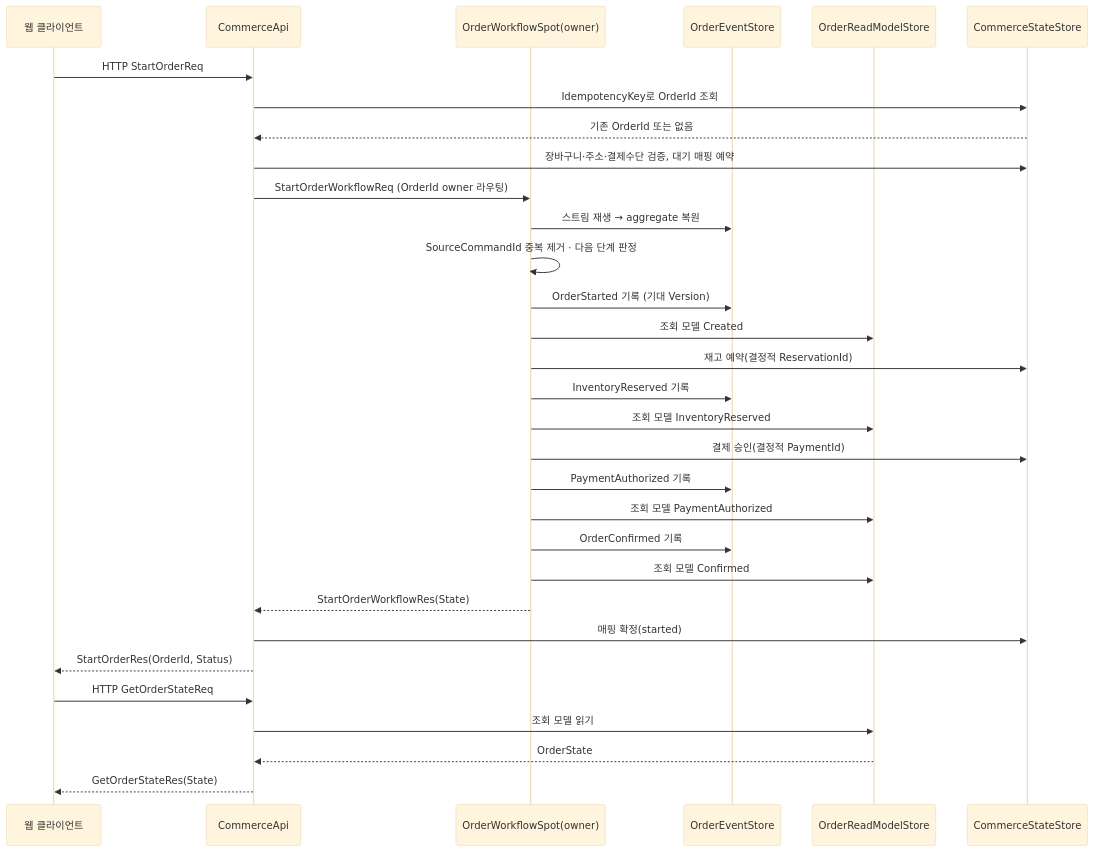
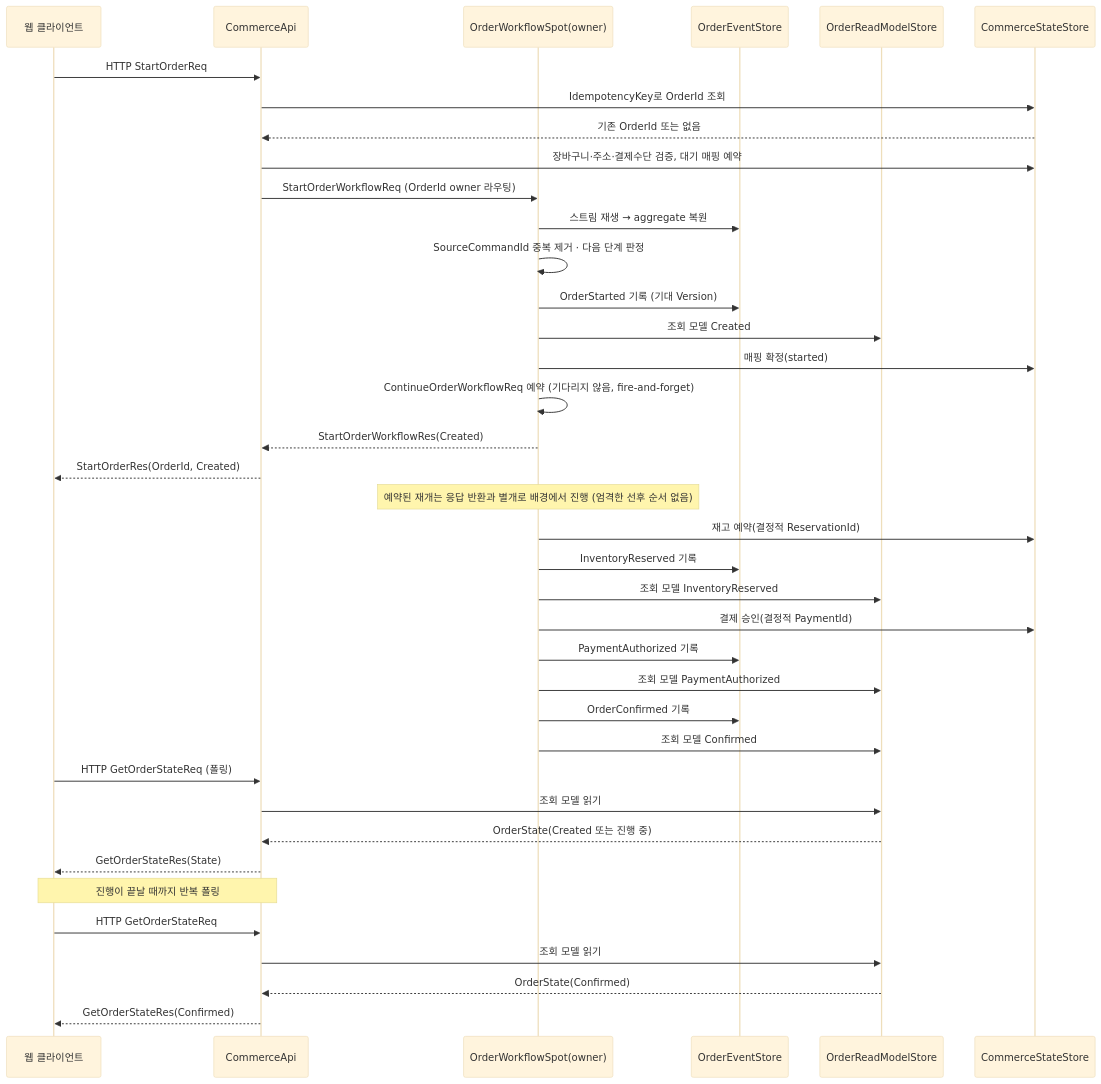
The fifth of 5 diagrams in framework/doc/framework/common/sample/event/shoppingmall.ko.md (kairos-code-dev/zlink), drawn with Mermaid (base theme) before and after one commit. The commit also changed other lines of this file and 4 other files, not shown here.

````diff
--- a/framework/doc/framework/common/sample/event/shoppingmall.ko.md
+++ b/framework/doc/framework/common/sample/event/shoppingmall.ko.md
@@ -758,36 +815,44 @@
 ```mermaid
 sequenceDiagram
     participant C as 웹 클라이언트
     participant API as CommerceApi
     participant O as OrderWorkflowSpot(owner)
     participant ES as OrderEventStore
     participant RS as OrderReadModelStore
     participant CS as CommerceStateStore
 
     C->>API: HTTP StartOrderReq
     API->>CS: IdempotencyKey로 OrderId 조회
     CS-->>API: 기존 OrderId 또는 없음
     API->>CS: 장바구니·주소·결제수단 검증, 대기 매핑 예약
     API->>O: StartOrderWorkflowReq (OrderId owner 라우팅)
 
     O->>ES: 스트림 재생 → aggregate 복원
     O->>O: SourceCommandId 중복 제거 · 다음 단계 판정
     O->>ES: OrderStarted 기록 (기대 Version)
     O->>RS: 조회 모델 Created
+    O->>CS: 매핑 확정(started)
+    O->>O: ContinueOrderWorkflowReq 예약 (기다리지 않음, fire-and-forget)
+    O-->>API: StartOrderWorkflowRes(Created)
+    API-->>C: StartOrderRes(OrderId, Created)
+
+    Note over O: 예약된 재개는 응답 반환과 별개로 배경에서 진행 (엄격한 선후 순서 없음)
     O->>CS: 재고 예약(결정적 ReservationId)
     O->>ES: InventoryReserved 기록
     O->>RS: 조회 모델 InventoryReserved
     O->>CS: 결제 승인(결정적 PaymentId)
     O->>ES: PaymentAuthorized 기록
     O->>RS: 조회 모델 PaymentAuthorized
     O->>ES: OrderConfirmed 기록
     O->>RS: 조회 모델 Confirmed
-    O-->>API: StartOrderWorkflowRes(State)
-    API->>CS: 매핑 확정(started)
-    API-->>C: StartOrderRes(OrderId, Status)
 
+    C->>API: HTTP GetOrderStateReq (폴링)
+    API->>RS: 조회 모델 읽기
+    RS-->>API: OrderState(Created 또는 진행 중)
+    API-->>C: GetOrderStateRes(State)
+    Note over C,API: 진행이 끝날 때까지 반복 폴링
     C->>API: HTTP GetOrderStateReq
     API->>RS: 조회 모델 읽기
-    RS-->>API: OrderState
-    API-->>C: GetOrderStateRes(State)
+    RS-->>API: OrderState(Confirmed)
+    API-->>C: GetOrderStateRes(Confirmed)
 ```
````
